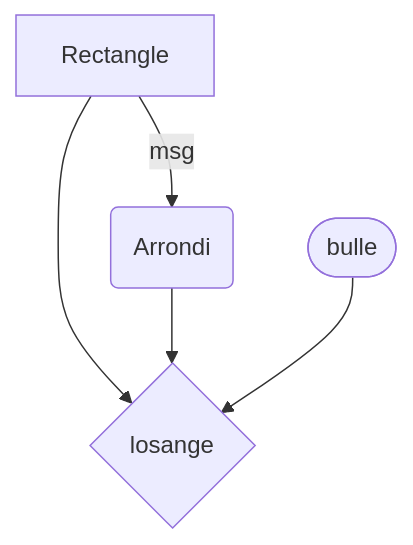
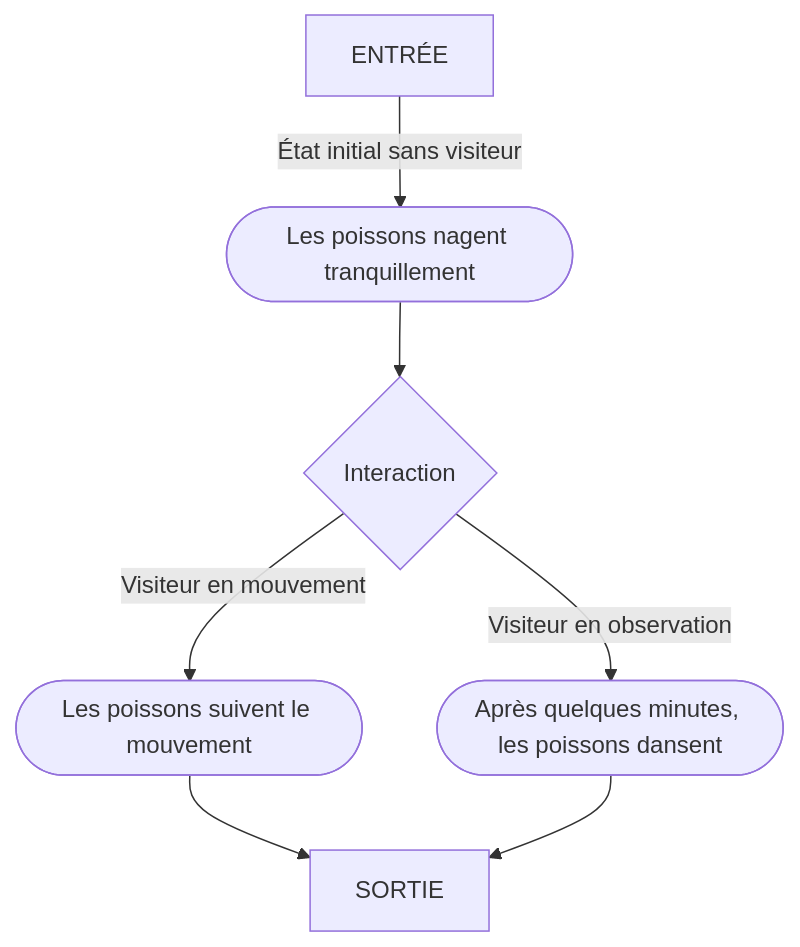
Before and after one commit to M3L0yZ/scenarisation: the diagram in README.md, drawn with Mermaid. The commit also changed other lines of this file, not shown here.

````diff
--- a/README.md
+++ b/README.md
@@ -19,7 +14,10 @@
 ```mermaid
 graph TD;
-    A[Rectangle] -- msg -->B(Arrondi);
-    A-->D;
-    B-->D;
-    C([bulle])-->D{losange};
+    A[ENTRÉE]-- État initial sans visiteur -->B([Les poissons nagent tranquillement]);
+    B-->C{Interaction};
+    C-- Visiteur en mouvement -->D([Les poissons suivent le mouvement]);
+    C-- Visiteur en observation -->E([Après quelques minutes, les poissons dansent]);
+    D-->F[SORTIE];
+    E-->F[SORTIE];
+    
 ```
````
